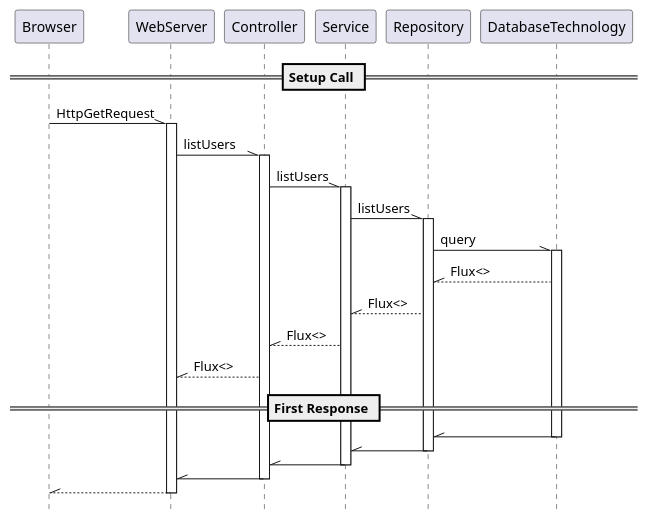
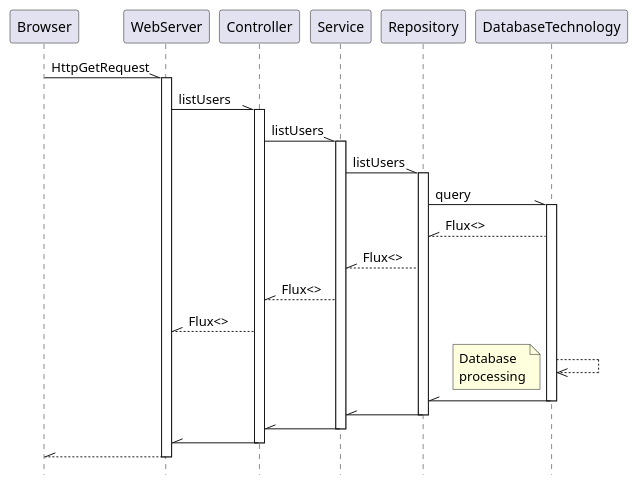
The diagram in src/docs/asciidoc/reactive-web.puml (corneil/reactive-spring-5), drawn with PlantUML before and after one commit. The commit also changed 11 other files, not shown here.

```diff
--- a/src/docs/asciidoc/reactive-web.puml
+++ b/src/docs/asciidoc/reactive-web.puml
@@ -1,32 +1,34 @@
 @startuml
 hide footbox
 
-== Setup Call ==
 Browser -\\ WebServer: HttpGetRequest
 activate WebServer
 WebServer -\\ Controller: listUsers
 activate Controller
 Controller -\\ Service : listUsers
 activate Service
 Service -\\ Repository : listUsers
 activate Repository
 Repository -\\ DatabaseTechnology : query
 activate DatabaseTechnology
 DatabaseTechnology --\\ Repository : Flux<>
 Repository --\\ Service : Flux<>
 Service --\\ Controller : Flux<>
 Controller --\\ WebServer : Flux<>
-
-== First Response ==
+DatabaseTechnology -->> DatabaseTechnology
+note left
+Database
+processing
+end note
 DatabaseTechnology -\\ Repository
 deactivate DatabaseTechnology
 Repository -\\ Service
 deactivate Repository
 Service -\\ Controller
 deactivate Service
 Controller -\\ WebServer
 deactivate Controller
 WebServer --\\ Browser
 deactivate WebServer
 
 @enduml
```
